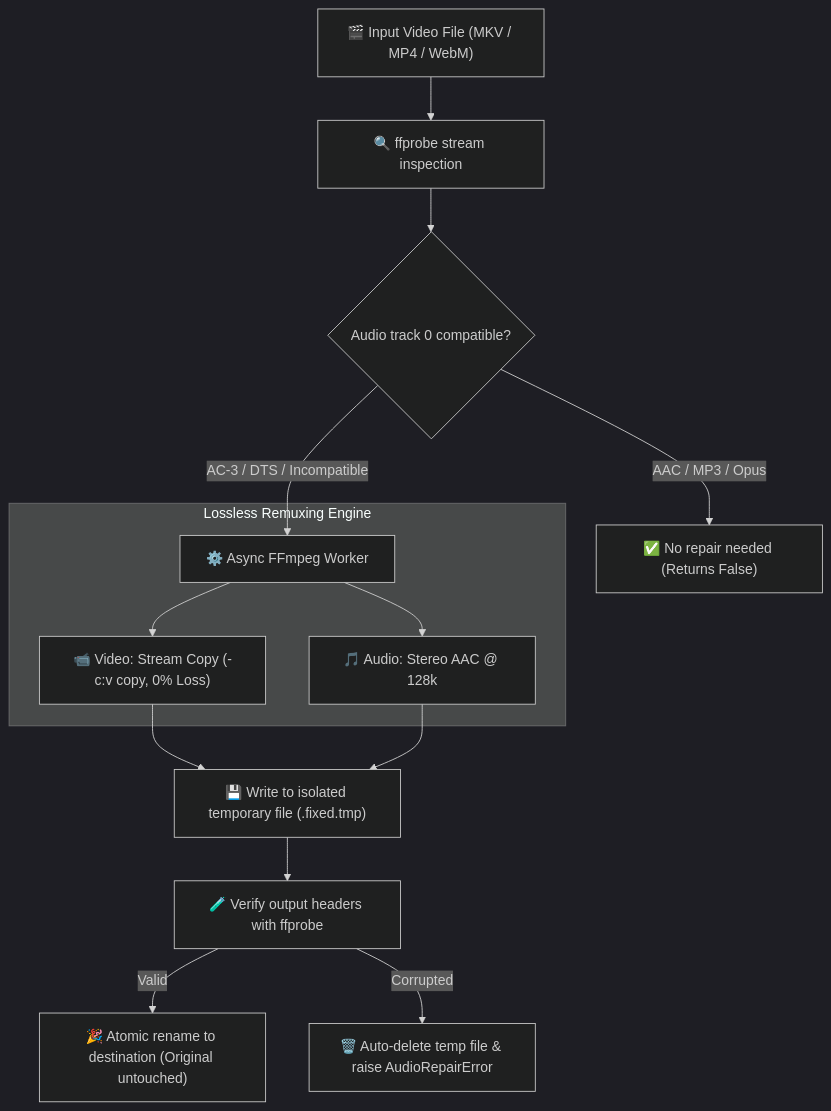
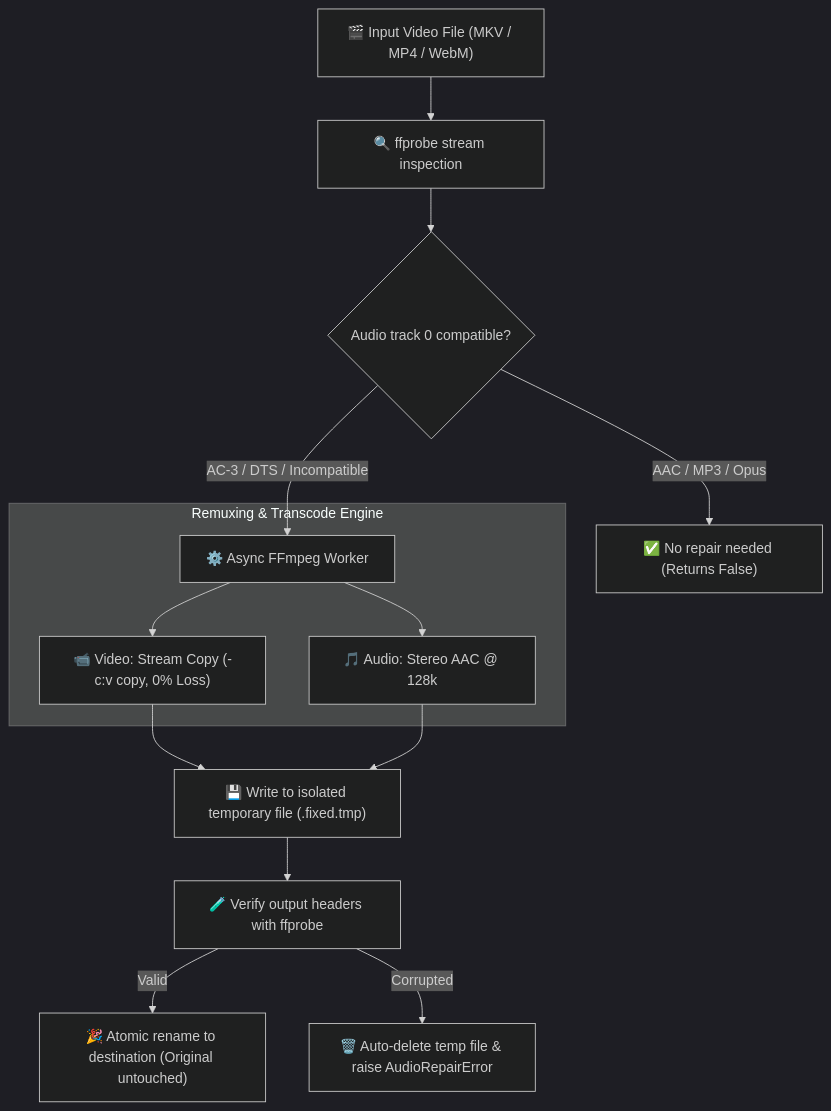
Before and after one commit to Kaio-Comk/Orpheus-Audio: the diagram in README.md, drawn with Mermaid (dark theme). The commit also changed other lines of this file, not shown here.

Commit message:
docs: clarify video lossless stream-copy vs AAC perceptual transcoding and zero data loss guarantee

````diff
--- a/README.md
+++ b/README.md
@@ -38,19 +46,20 @@
 ```mermaid
 flowchart TD
     Video["🎬 Input Video File (MKV / MP4 / WebM)"] --> Probe["🔍 ffprobe stream inspection"]
     Probe --> Decision{"Audio track 0 compatible?"}
     
     Decision -->|AAC / MP3 / Opus| Skip["✅ No repair needed (Returns False)"]
     Decision -->|AC-3 / DTS / Incompatible| Transcode["⚙️ Async FFmpeg Worker"]
     
-    subgraph Engine ["Lossless Remuxing Engine"]
+    subgraph Engine ["Remuxing & Transcode Engine"]
         Transcode --> VCopy["📹 Video: Stream Copy (-c:v copy, 0% Loss)"]
         Transcode --> AConv["🎵 Audio: Stereo AAC @ 128k"]
     end
     
+    TempFile["💾 Write to isolated temporary file (.fixed.tmp)"]
     VCopy --> TempFile
-        AConv --> TempFile["💾 Write to isolated temporary file (.fixed.tmp)"]
+    AConv --> TempFile
     TempFile --> Verify["🧪 Verify output headers with ffprobe"]
     Verify -->|Valid| Final["🎉 Atomic rename to destination (Original untouched)"]
     Verify -->|Corrupted| Clean["🗑️ Auto-delete temp file & raise AudioRepairError"]
 ```
````
